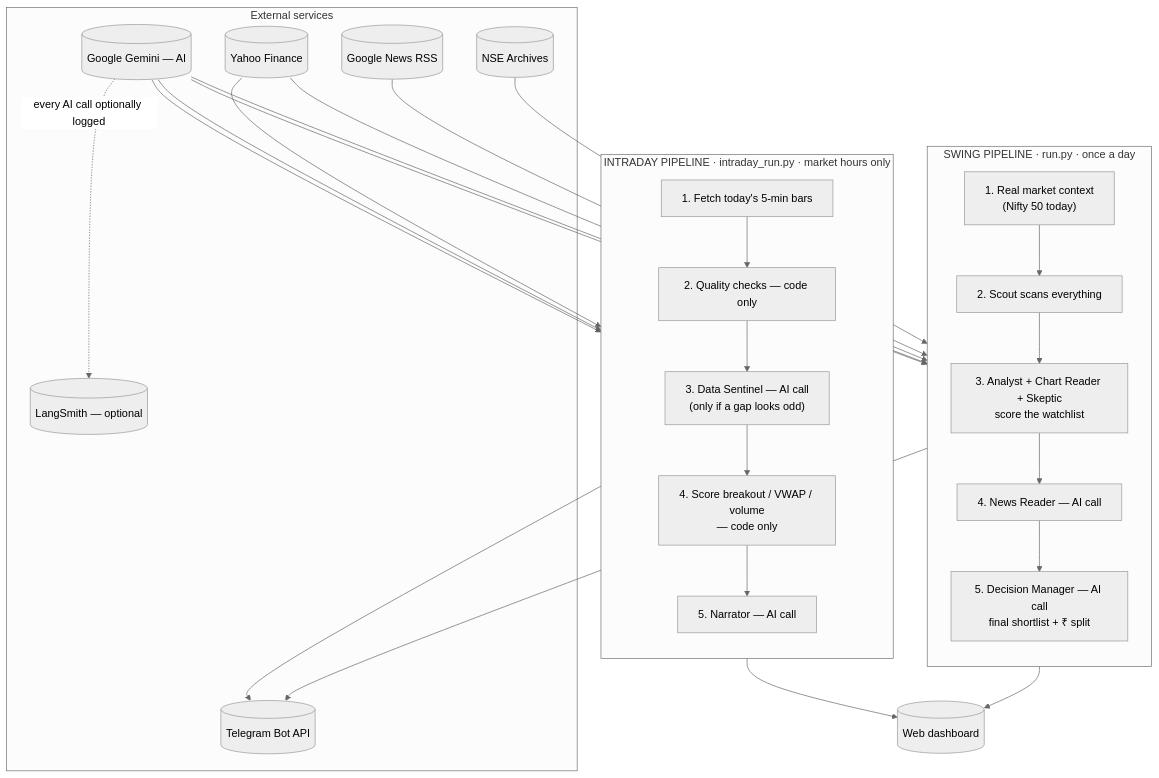
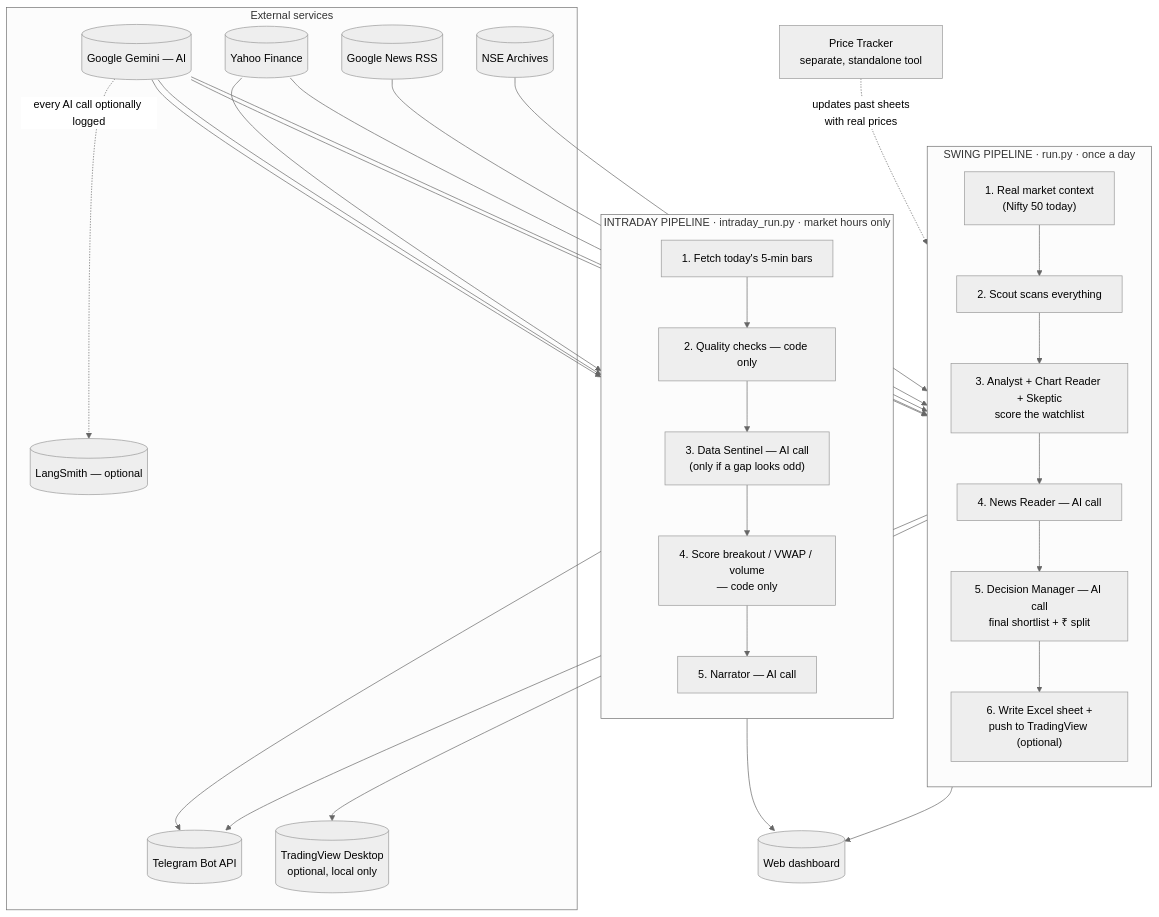
One commit to Diksha20Bhatia/ai-equity-analyst changed the fourth of 4 diagrams in PROJECT_OVERVIEW.md. Above: the diagram before and after it, drawn with Mermaid (neutral theme). The commit also changed other lines of this file and 3 other files, not shown here.

````diff
--- a/PROJECT_OVERVIEW.md
+++ b/PROJECT_OVERVIEW.md
@@ -197,43 +197,47 @@
 ```mermaid
 flowchart TB
     subgraph Sources["External services"]
         Yahoo[("Yahoo Finance")]
         News[("Google News RSS")]
         NSEArc[("NSE Archives")]
         Gemini[("Google Gemini — AI")]
         Telegram[("Telegram Bot API")]
         LS[("LangSmith — optional")]
+        TV[("TradingView Desktop<br/>optional, local only")]
     end
 
     subgraph Swing["SWING PIPELINE  ·  run.py  ·  once a day"]
         direction TB
         S1["1. Real market context<br/>(Nifty 50 today)"]
         S2["2. Scout scans everything"]
         S3["3. Analyst + Chart Reader + Skeptic<br/>score the watchlist"]
         S4["4. News Reader — AI call"]
         S5["5. Decision Manager — AI call<br/>final shortlist + ₹ split"]
-        S1 --> S2 --> S3 --> S4 --> S5
+        S6["6. Write Excel sheet +<br/>push to TradingView (optional)"]
+        S1 --> S2 --> S3 --> S4 --> S5 --> S6
     end
 
     subgraph Intraday["INTRADAY PIPELINE  ·  intraday_run.py  ·  market hours only"]
         direction TB
         I1["1. Fetch today's 5-min bars"]
         I2["2. Quality checks — code only"]
         I3["3. Data Sentinel — AI call<br/>(only if a gap looks odd)"]
         I4["4. Score breakout / VWAP / volume<br/>— code only"]
         I5["5. Narrator — AI call"]
         I1 --> I2 --> I3 --> I4 --> I5
     end
 
     Yahoo & News & NSEArc --> Swing
     Yahoo --> Intraday
     Gemini --> S4
     Gemini --> S5
     Gemini --> I3
     Gemini --> I5
     Swing --> Telegram
     Intraday --> Telegram
+    S6 --> TV
     Swing --> Dash[("Web dashboard")]
     Intraday --> Dash
+    Tracker["Price Tracker<br/>separate, standalone tool"] -.->|updates past sheets<br/>with real prices| S6
     Gemini -.->|every AI call optionally logged| LS
 ```
````
